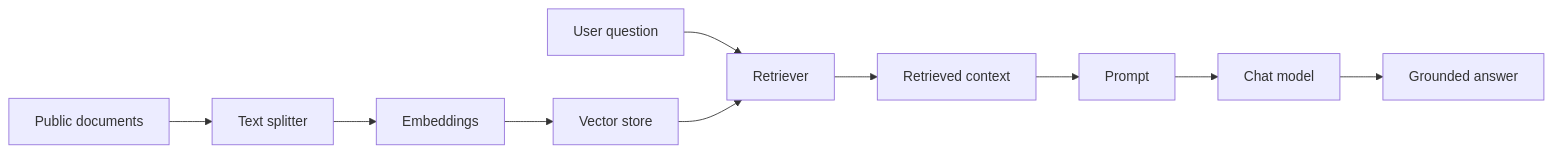
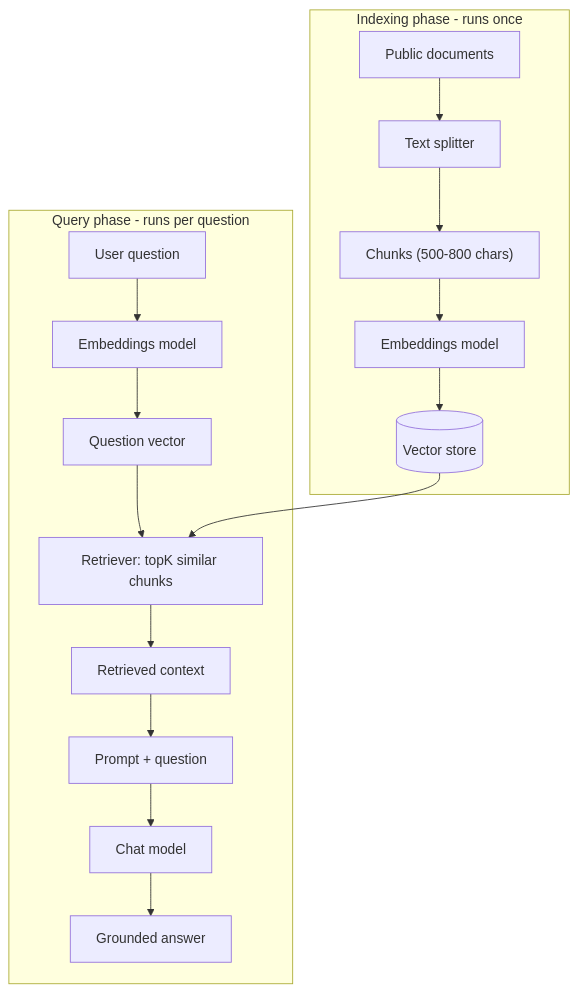
Before and after one commit to tulip-lab/agentic-AI-lab: the first of 3 diagrams in M03-Context-Orchestration/Flowise/M03C-Flowise-RAG-Public-Unit-Docs.md, drawn with Mermaid. The commit also changed other lines of this file and 30 other files, not shown here.

````diff
--- a/M03-Context-Orchestration/Flowise/M03C-Flowise-RAG-Public-Unit-Docs.md
+++ b/M03-Context-Orchestration/Flowise/M03C-Flowise-RAG-Public-Unit-Docs.md
@@ -20,12 +22,19 @@
 ```mermaid
-flowchart LR
-    A[Public documents] --> B[Text splitter]
-    B --> C[Embeddings]
-    C --> D[Vector store]
-    E[User question] --> F[Retriever]
-    D --> F
-    F --> G[Retrieved context]
-    G --> H[Prompt]
-    H --> I[Chat model]
-    I --> J[Grounded answer]
+flowchart TB
+    subgraph IDX["Indexing phase - runs once"]
+        A[Public documents] --> B[Text splitter]
+        B --> C["Chunks (500-800 chars)"]
+        C --> D[Embeddings model]
+        D --> E[(Vector store)]
+    end
+    subgraph QRY["Query phase - runs per question"]
+        F[User question] --> G[Embeddings model]
+        G --> H[Question vector]
+        H --> I["Retriever: topK similar chunks"]
+        E --> I
+        I --> J[Retrieved context]
+        J --> K[Prompt + question]
+        K --> L[Chat model]
+        L --> M[Grounded answer]
+    end
 ```
````
